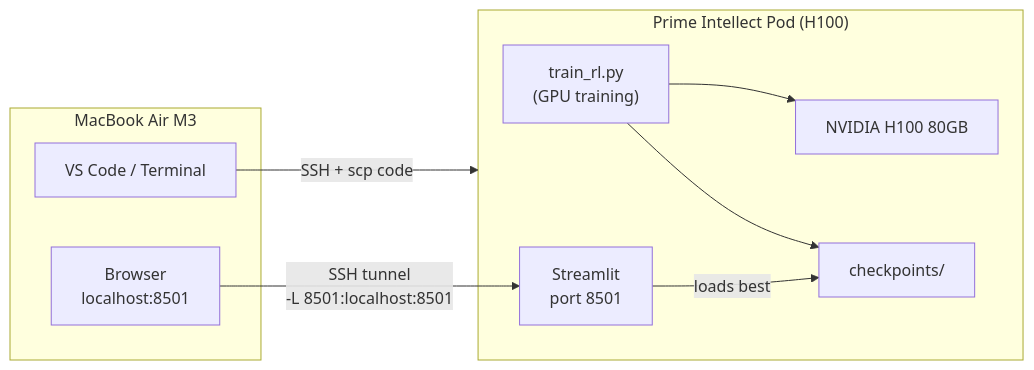
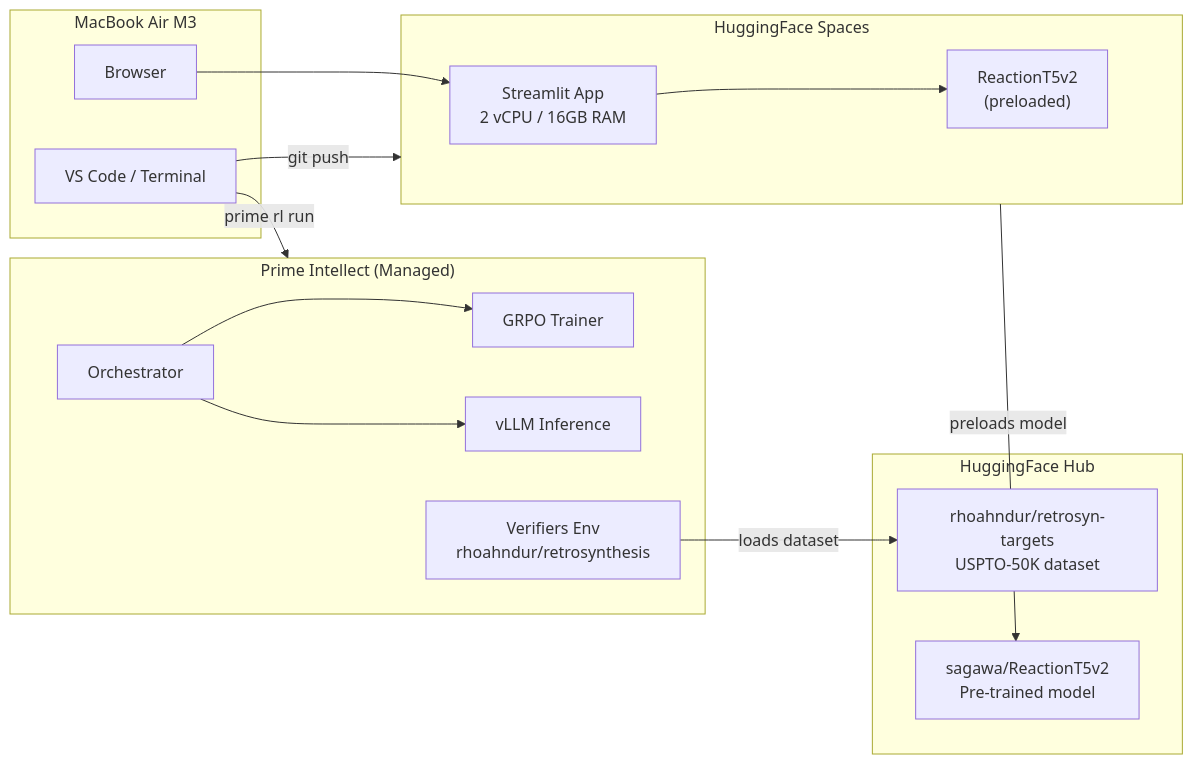
One commit to Rhoahndur/RL_RetroSynthesis changed the seventh of 8 diagrams in ARCHITECTURE.md. Above: the diagram before and after it, drawn with Mermaid. The commit also changed other lines of this file and 7 other files, not shown here.

````diff
--- a/ARCHITECTURE.md
+++ b/ARCHITECTURE.md
@@ -247,20 +253,33 @@
 ```mermaid
 graph LR
     subgraph Local["MacBook Air M3"]
         DEV["VS Code / Terminal"]
-        BROWSER["Browser<br/>localhost:8501"]
+        BROWSER["Browser"]
     end
 
-    subgraph PI["Prime Intellect Pod (H100)"]
-        GPU["NVIDIA H100 80GB"]
-        TRAIN_PROC["train_rl.py<br/>(GPU training)"]
-        STREAMLIT["Streamlit<br/>port 8501"]
-        CKPTS["checkpoints/"]
+    subgraph HFS["HuggingFace Spaces"]
+        ST_PROD["Streamlit App<br/>2 vCPU / 16GB RAM"]
+        RT5_PROD["ReactionT5v2<br/>(preloaded)"]
     end
 
-    DEV -->|"SSH + scp code"| PI
-    BROWSER -->|"SSH tunnel<br/>-L 8501:localhost:8501"| STREAMLIT
-    TRAIN_PROC --> GPU
-    TRAIN_PROC --> CKPTS
-    STREAMLIT -->|"loads best"| CKPTS
+    subgraph PI["Prime Intellect (Managed)"]
+        GRPO["GRPO Trainer"]
+        VLLM["vLLM Inference"]
+        ORCH["Orchestrator"]
+        VERENV["Verifiers Env<br/>rhoahndur/retrosynthesis"]
+    end
+
+    subgraph HFHub["HuggingFace Hub"]
+        DS["rhoahndur/retrosyn-targets<br/>USPTO-50K dataset"]
+        MODEL["sagawa/ReactionT5v2<br/>Pre-trained model"]
+    end
+
+    DEV -->|"git push"| HFS
+    BROWSER --> ST_PROD
+    ST_PROD --> RT5_PROD
+    DEV -->|"prime rl run"| PI
+    ORCH --> VLLM
+    ORCH --> GRPO
+    VERENV -->|"loads dataset"| DS
+    HFS -->|"preloads model"| MODEL
 ```
````
